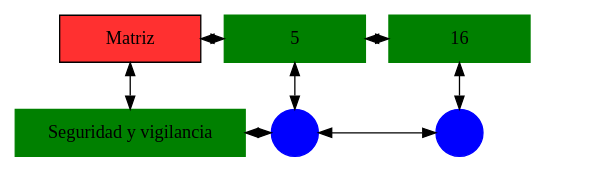
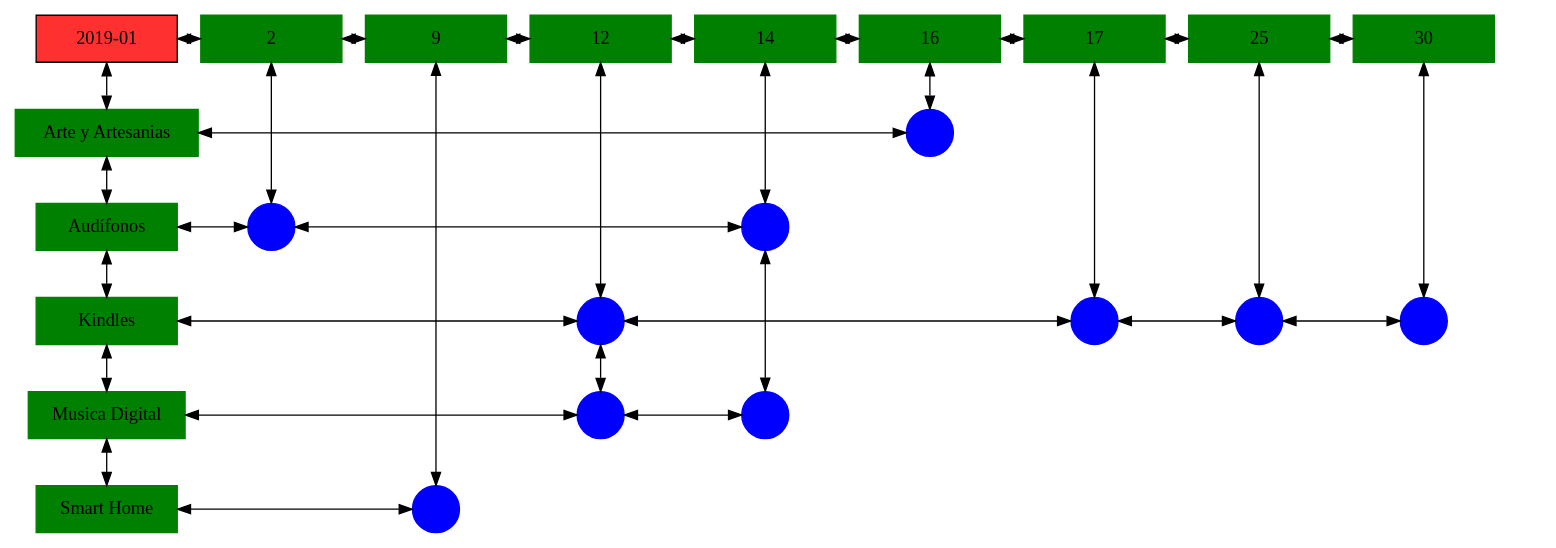
Before and after one commit to EDD20S2-201807435/EDD_VirtualMall_201807435: the diagram in Servidor/src/2019-01/2019-01.dot, drawn with Graphviz. The commit also changed 641 other files, not shown here.

```diff
--- a/Servidor/src/2019-01/2019-01.dot
+++ b/Servidor/src/2019-01/2019-01.dot
@@ -1,22 +1,80 @@
 digraph G{
 node[shape="box"];
-nodeMt[ label = "Matriz", width = 1.5, style = filled, fillcolor = firebrick1, group = 1 ];
+nodeMt[ label = "2019-01", width = 1.5, style = filled, fillcolor = firebrick1, group = 1 ];
 e0[ shape = point, width = 0 ];
 e1[ shape = point, width = 0 ];
-node0xc0000ac5a0[label="5",color=green,style =filled,width = 1.5 group=5];
-nodeMt->node0xc0000ac5a0[dir="both"];
-{rank=same;nodeMt;node0xc0000ac5a0;}
-node0xc0000acaa0[label="16",color=green,style =filled,width = 1.5 group=16];
-node0xc0000ac5a0->node0xc0000acaa0[dir="both"];
-{rank=same;node0xc0000ac5a0;node0xc0000acaa0;}
-node0xc0000ac550[label="Seguridad y vigilancia",color=green,style =filled width = 1.5 group=1];
-node0xc0000be680[label="",color=blue,style =filled, width = 0.5 group=5 shape=circle];
-node0xc0000ac550->node0xc0000be680[dir="both"];
-{rank=same;node0xc0000ac550;node0xc0000be680;}
-node0xc0000be980[label="",color=blue,style =filled, width = 0.5 group=16 shape=circle];
-node0xc0000be680->node0xc0000be980[dir="both"];
-{rank=same;node0xc0000be980;node0xc0000be680;}
-node0xc0000ac5a0->node0xc0000be680[dir="both"];
-node0xc0000acaa0->node0xc0000be980[dir="both"];
-nodeMt->node0xc0000ac550[dir="both"];
+node0xc001f4bb30[label="2",color=green,style =filled,width = 1.5 group=2];
+nodeMt->node0xc001f4bb30[dir="both"];
+{rank=same;nodeMt;node0xc001f4bb30;}
+node0xc0022f64b0[label="9",color=green,style =filled,width = 1.5 group=9];
+node0xc001f4bb30->node0xc0022f64b0[dir="both"];
+{rank=same;node0xc001f4bb30;node0xc0022f64b0;}
+node0xc001f11bd0[label="12",color=green,style =filled,width = 1.5 group=12];
+node0xc0022f64b0->node0xc001f11bd0[dir="both"];
+{rank=same;node0xc0022f64b0;node0xc001f11bd0;}
+node0xc001e2d540[label="14",color=green,style =filled,width = 1.5 group=14];
+node0xc001f11bd0->node0xc001e2d540[dir="both"];
+{rank=same;node0xc001f11bd0;node0xc001e2d540;}
+node0xc002308af0[label="16",color=green,style =filled,width = 1.5 group=16];
+node0xc001e2d540->node0xc002308af0[dir="both"];
+{rank=same;node0xc001e2d540;node0xc002308af0;}
+node0xc001e88370[label="17",color=green,style =filled,width = 1.5 group=17];
+node0xc002308af0->node0xc001e88370[dir="both"];
+{rank=same;node0xc002308af0;node0xc001e88370;}
+node0xc002238b90[label="25",color=green,style =filled,width = 1.5 group=25];
+node0xc001e88370->node0xc002238b90[dir="both"];
+{rank=same;node0xc001e88370;node0xc002238b90;}
+node0xc00200f950[label="30",color=green,style =filled,width = 1.5 group=30];
+node0xc002238b90->node0xc00200f950[dir="both"];
+{rank=same;node0xc002238b90;node0xc00200f950;}
+node0xc002308aa0[label="Arte y Artesanias",color=green,style =filled width = 1.5 group=1];
+node0xc002304f00[label="",color=blue,style =filled, width = 0.5 group=16 shape=circle];
+node0xc002308aa0->node0xc002304f00[dir="both"];
+{rank=same;node0xc002308aa0;node0xc002304f00;}
+node0xc001e2d4f0[label="Audífonos",color=green,style =filled width = 1.5 group=1];
+node0xc001f41f00[label="",color=blue,style =filled, width = 0.5 group=2 shape=circle];
+node0xc001e2d4f0->node0xc001f41f00[dir="both"];
+{rank=same;node0xc001e2d4f0;node0xc001f41f00;}
+node0xc001e2ab80[label="",color=blue,style =filled, width = 0.5 group=14 shape=circle];
+node0xc001f41f00->node0xc001e2ab80[dir="both"];
+{rank=same;node0xc001e2ab80;node0xc001f41f00;}
+node0xc001e88320[label="Kindles",color=green,style =filled width = 1.5 group=1];
+node0xc0020a6500[label="",color=blue,style =filled, width = 0.5 group=12 shape=circle];
+node0xc001e88320->node0xc0020a6500[dir="both"];
+{rank=same;node0xc001e88320;node0xc0020a6500;}
+node0xc001e75e00[label="",color=blue,style =filled, width = 0.5 group=17 shape=circle];
+node0xc0020a6500->node0xc001e75e00[dir="both"];
+{rank=same;node0xc001e75e00;node0xc0020a6500;}
+node0xc002233880[label="",color=blue,style =filled, width = 0.5 group=25 shape=circle];
+node0xc001e75e00->node0xc002233880[dir="both"];
+{rank=same;node0xc002233880;node0xc001e75e00;}
+node0xc00200d900[label="",color=blue,style =filled, width = 0.5 group=30 shape=circle];
+node0xc002233880->node0xc00200d900[dir="both"];
+{rank=same;node0xc00200d900;node0xc002233880;}
+node0xc001f11b80[label="Musica Digital",color=green,style =filled width = 1.5 group=1];
+node0xc001f12d80[label="",color=blue,style =filled, width = 0.5 group=12 shape=circle];
+node0xc001f11b80->node0xc001f12d80[dir="both"];
+{rank=same;node0xc001f11b80;node0xc001f12d80;}
+node0xc001f41180[label="",color=blue,style =filled, width = 0.5 group=14 shape=circle];
+node0xc001f12d80->node0xc001f41180[dir="both"];
+{rank=same;node0xc001f41180;node0xc001f12d80;}
+node0xc0022f6460[label="Smart Home",color=green,style =filled width = 1.5 group=1];
+node0xc0022f0c00[label="",color=blue,style =filled, width = 0.5 group=9 shape=circle];
+node0xc0022f6460->node0xc0022f0c00[dir="both"];
+{rank=same;node0xc0022f6460;node0xc0022f0c00;}
+node0xc001f4bb30->node0xc001f41f00[dir="both"];
+node0xc0022f64b0->node0xc0022f0c00[dir="both"];
+node0xc001f11bd0->node0xc0020a6500[dir="both"];
+node0xc0020a6500->node0xc001f12d80[dir="both"];
+node0xc001e2d540->node0xc001e2ab80[dir="both"];
+node0xc001e2ab80->node0xc001f41180[dir="both"];
+node0xc002308af0->node0xc002304f00[dir="both"];
+node0xc001e88370->node0xc001e75e00[dir="both"];
+node0xc002238b90->node0xc002233880[dir="both"];
+node0xc00200f950->node0xc00200d900[dir="both"];
+nodeMt->node0xc002308aa0[dir="both"];
+node0xc002308aa0->node0xc001e2d4f0[dir="both"];
+node0xc001e2d4f0->node0xc001e88320[dir="both"];
+node0xc001e88320->node0xc001f11b80[dir="both"];
+node0xc001f11b80->node0xc0022f6460[dir="both"];
 }
```
